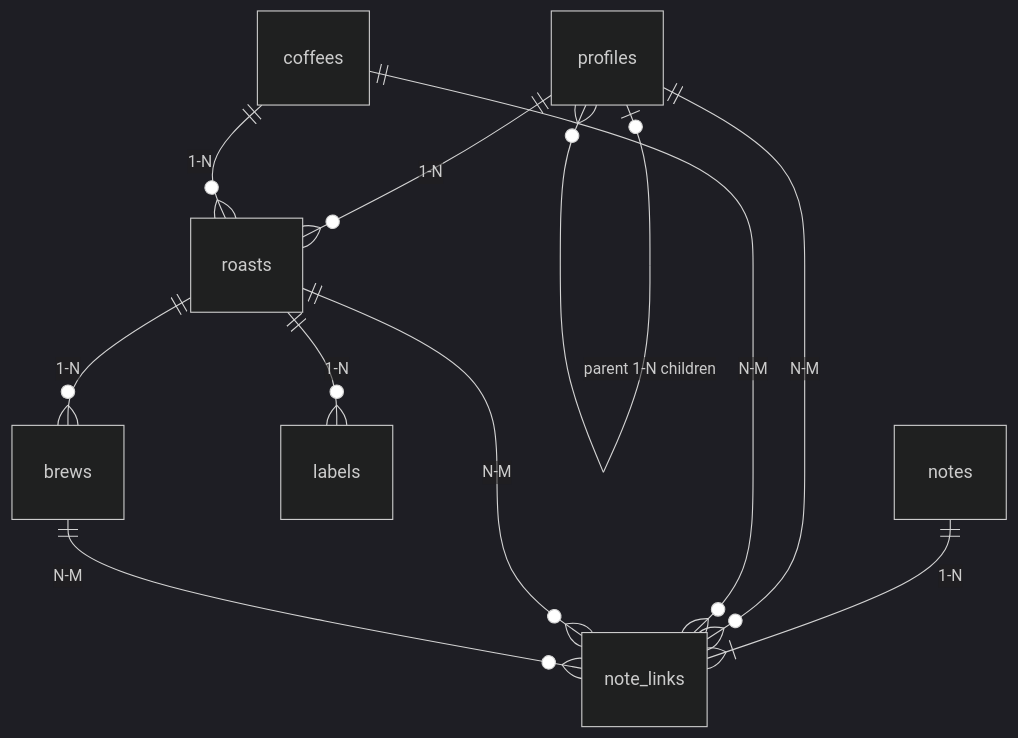
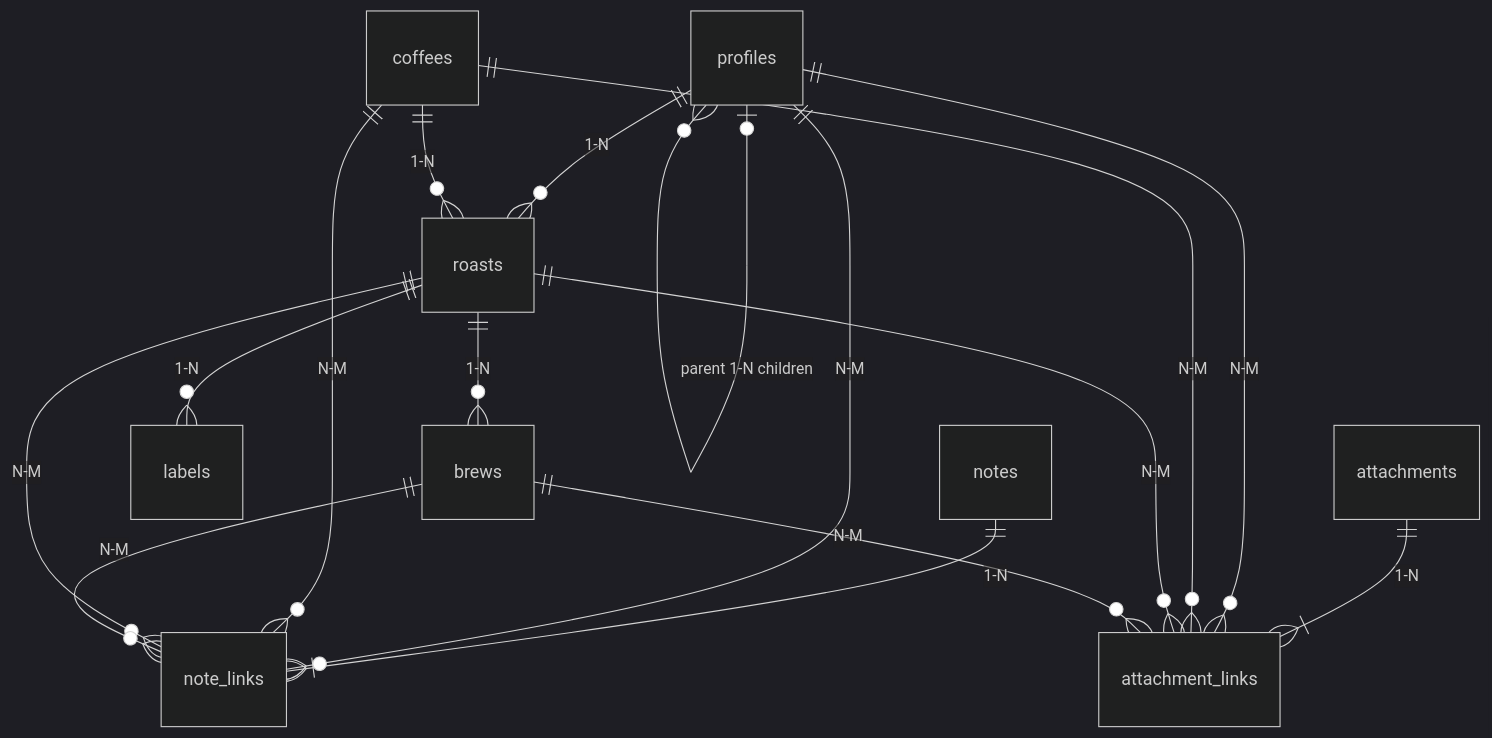
The second of 2 diagrams in docs/04-technical-specification.md (xavierroma/tan-studio), drawn with Mermaid (dark theme) before and after one commit. The commit also changed other lines of this file and 34 other files, not shown here.

````diff
--- a/docs/04-technical-specification.md
+++ b/docs/04-technical-specification.md
@@ -84,13 +84,18 @@
 ```mermaid
 erDiagram
     profiles o|--o{ profiles : "parent 1-N children"
     profiles ||--o{ roasts : "1-N"
     coffees ||--o{ roasts : "1-N"
     roasts ||--o{ brews : "1-N"
     roasts ||--o{ labels : "1-N"
     notes ||--|{ note_links : "1-N"
     profiles ||--o{ note_links : "N-M"
     coffees ||--o{ note_links : "N-M"
     roasts ||--o{ note_links : "N-M"
     brews ||--o{ note_links : "N-M"
+    attachments ||--|{ attachment_links : "1-N"
+    profiles ||--o{ attachment_links : "N-M"
+    coffees ||--o{ attachment_links : "N-M"
+    roasts ||--o{ attachment_links : "N-M"
+    brews ||--o{ attachment_links : "N-M"
 ```
````
